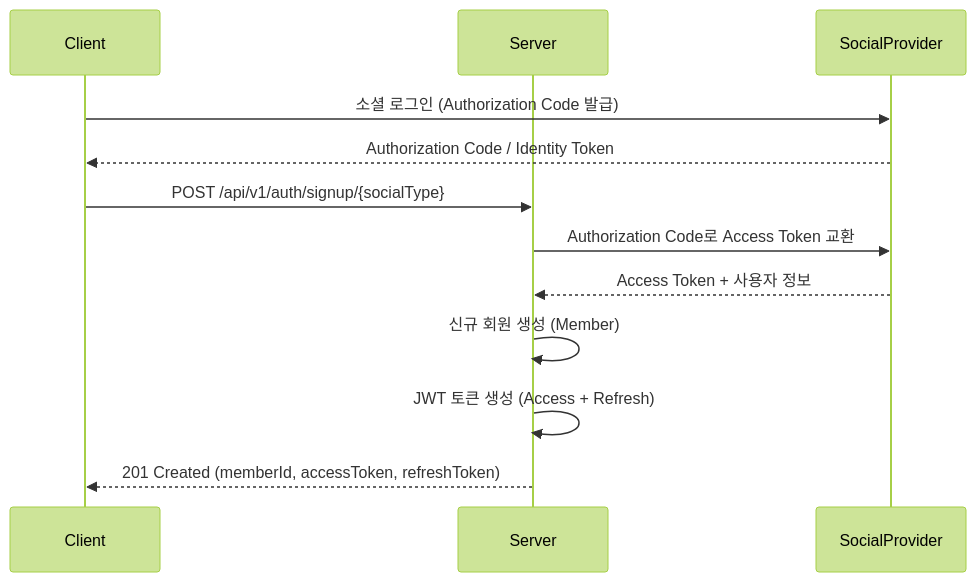
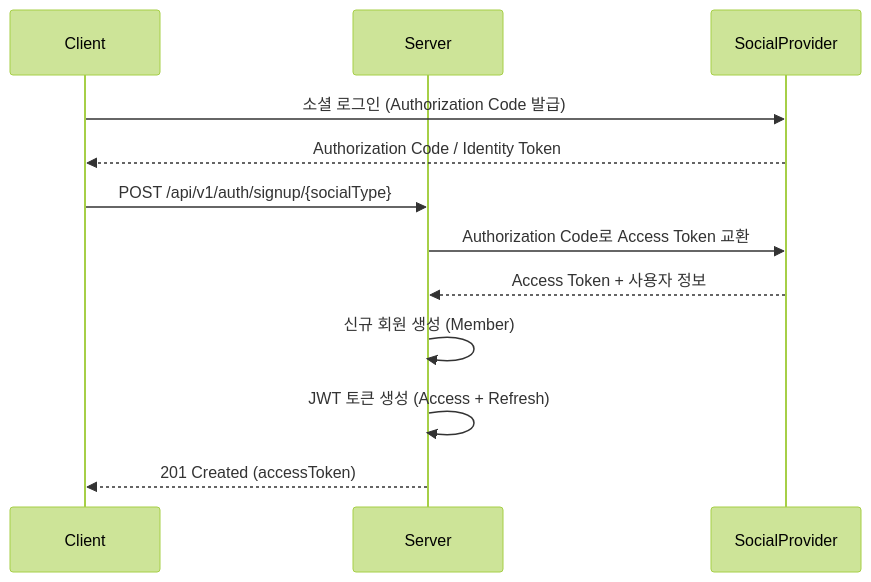
The first of 4 diagrams in API_DOCUMENTATION.md (focus-to-level-up/api-server), drawn with Mermaid (forest theme) before and after one commit. The commit also changed other lines of this file, not shown here.

````diff
--- a/API_DOCUMENTATION.md
+++ b/API_DOCUMENTATION.md
@@ -535,15 +519,15 @@
 ```mermaid
 sequenceDiagram
     participant Client
     participant Server
     participant SocialProvider
 
     Client->>SocialProvider: 소셜 로그인 (Authorization Code 발급)
     SocialProvider-->>Client: Authorization Code / Identity Token
     Client->>Server: POST /api/v1/auth/signup/{socialType}
     Server->>SocialProvider: Authorization Code로 Access Token 교환
     SocialProvider-->>Server: Access Token + 사용자 정보
     Server->>Server: 신규 회원 생성 (Member)
     Server->>Server: JWT 토큰 생성 (Access + Refresh)
-    Server-->>Client: 201 Created (memberId, accessToken, refreshToken)
+    Server-->>Client: 201 Created (accessToken)
 ```
````
